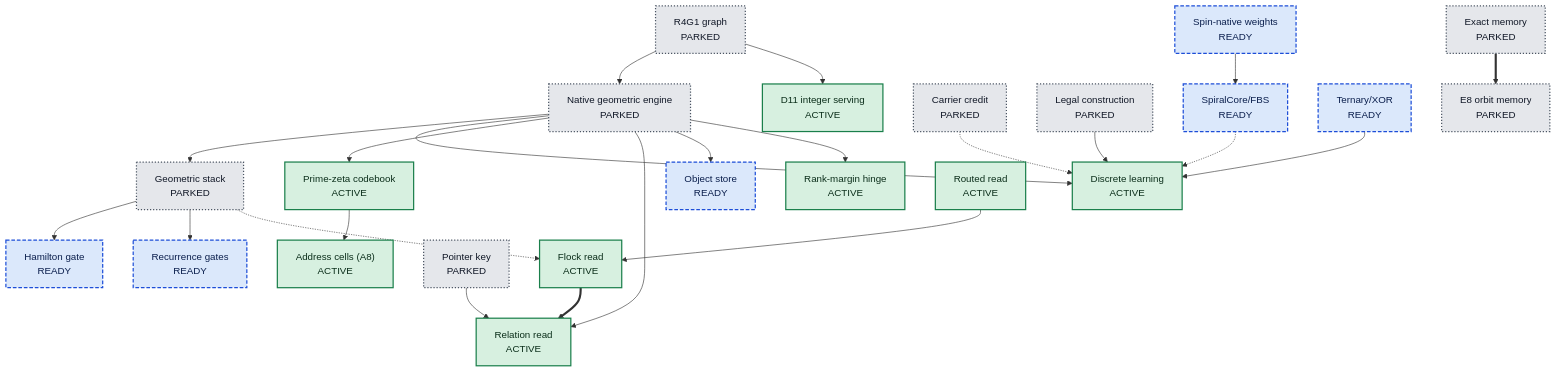
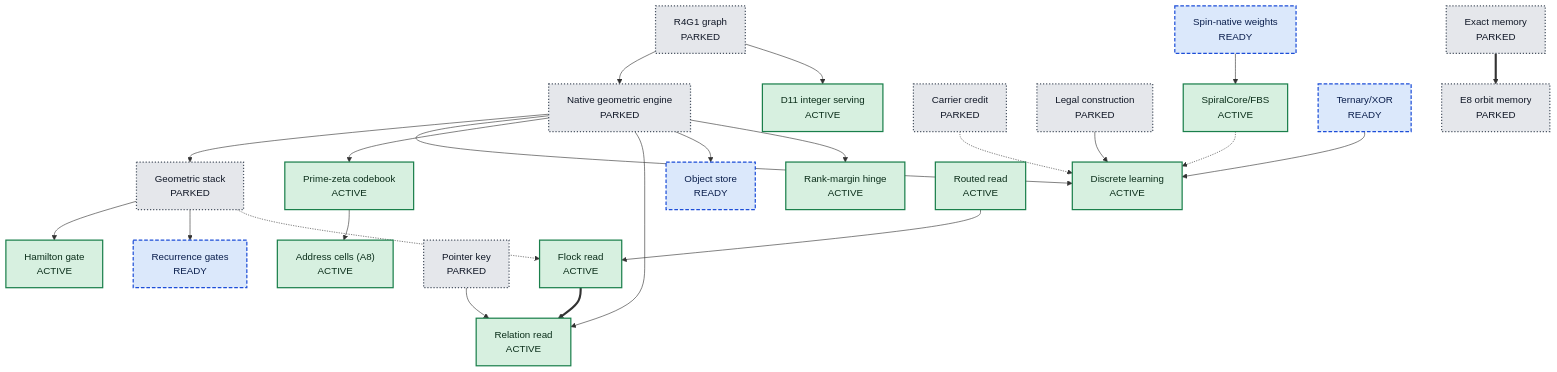
Before and after one commit to UOR-Foundation/uor-r4: the diagram in docs/mechanisms/README.md, drawn with Mermaid. The commit also changed other lines of this file and 57 other files, not shown here.

````diff
--- a/docs/mechanisms/README.md
+++ b/docs/mechanisms/README.md
@@ -25,54 +38,54 @@
 ```mermaid
 flowchart TD
   r4g1["R4G1 graph<br/>PARKED"]
   nat["Native geometric engine<br/>PARKED"]
   lut["D11 integer serving<br/>ACTIVE"]
   stack["Geometric stack<br/>PARKED"]
   disc["Discrete learning<br/>ACTIVE"]
   pz["Prime-zeta codebook<br/>ACTIVE"]
   rel["Relation read<br/>ACTIVE"]
   obj["Object store<br/>READY"]
   rank["Rank-margin hinge<br/>ACTIVE"]
   cc["Carrier credit<br/>PARKED"]
   lc["Legal construction<br/>PARKED"]
-  sfbs["SpiralCore/FBS<br/>READY"]
+  sfbs["SpiralCore/FBS<br/>ACTIVE"]
   tx["Ternary/XOR<br/>READY"]
   spin["Spin-native weights<br/>READY"]
-  ham["Hamilton gate<br/>READY"]
+  ham["Hamilton gate<br/>ACTIVE"]
   rec["Recurrence gates<br/>READY"]
   flock["Flock read<br/>ACTIVE"]
   route["Routed read<br/>ACTIVE"]
   ptr["Pointer key<br/>PARKED"]
   cells["Address cells (A8)<br/>ACTIVE"]
   mem["Exact memory<br/>PARKED"]
   e8["E8 orbit memory<br/>PARKED"]
 
   r4g1 --> nat
   r4g1 --> lut
   nat --> stack
   nat --> disc
   nat --> pz
   nat --> rel
   nat --> obj
   nat --> rank
   cc -.-> disc
   lc --> disc
   sfbs -.-> disc
   tx --> disc
   spin --> sfbs
   stack --> ham
   stack --> rec
   stack -.-> flock
   route --> flock
   flock ==> rel
   ptr --> rel
   pz --> cells
   mem ==> e8
 
   classDef ACTIVE fill:#d7f0e0,stroke:#1a7f4b,color:#0b2e1a,stroke-width:2px
   classDef READY fill:#dbe8fb,stroke:#1d4ed8,color:#0b1f4d,stroke-width:2px,stroke-dasharray:6 3
   classDef PARKED fill:#e5e7eb,stroke:#4b5563,color:#111827,stroke-width:2px,stroke-dasharray:2 3
-  class disc,pz,rel,rank,flock,route,cells,lut ACTIVE
-  class obj,sfbs,ham,rec,tx,spin READY
+  class disc,pz,rel,rank,flock,route,cells,lut,sfbs,ham ACTIVE
+  class obj,rec,tx,spin READY
   class r4g1,nat,stack,cc,lc,ptr,mem,e8 PARKED
 ```
````
